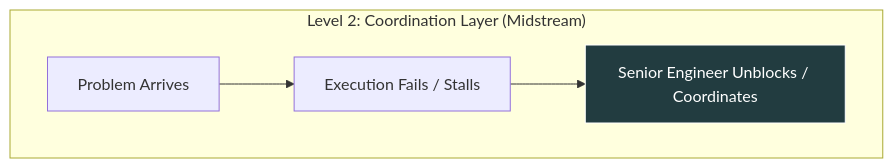
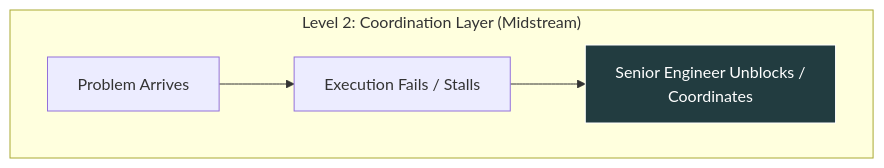
One commit to Shelbournator/thoughts changed the second of 3 diagrams in _posts/2026-04-29-the-attending-architect.md. Above: the diagram before and after it, drawn with Mermaid. The commit also changed other lines of this file, not shown here.

````diff
--- a/_posts/2026-04-29-the-attending-architect.md
+++ b/_posts/2026-04-29-the-attending-architect.md
@@ -107,10 +106,9 @@
 ```mermaid
-%%{init: {"flowchart": {"htmlLabels": false}} }%%
 graph TD
 
     subgraph "Level 2: Coordination Layer (Midstream)"
-        C1["Problem Arrives"] --> C2["Execution Fails / Stalls"] --> C3["Senior Engineer Unblocks / Coordinates"]
+        C1["Problem Arrives"] --> C2["Execution Fails / Stalls"] --> C3["Senior Engineer Unblocks /<br> Coordinates"]
     end
 
     style C3 fill:#223c40,stroke:#fff,color:#fff
 ```
````
